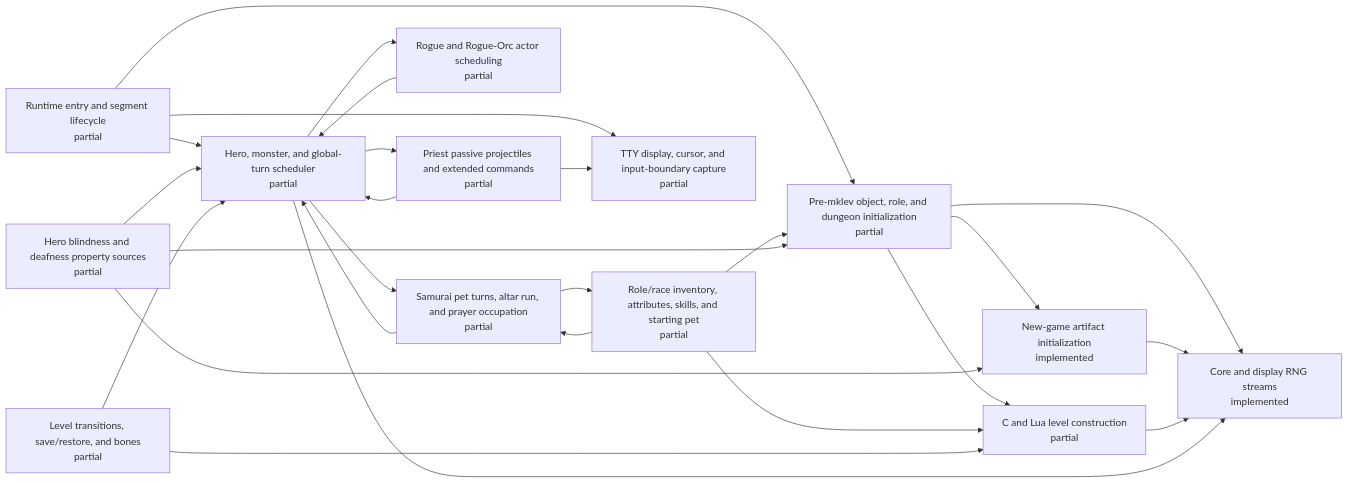
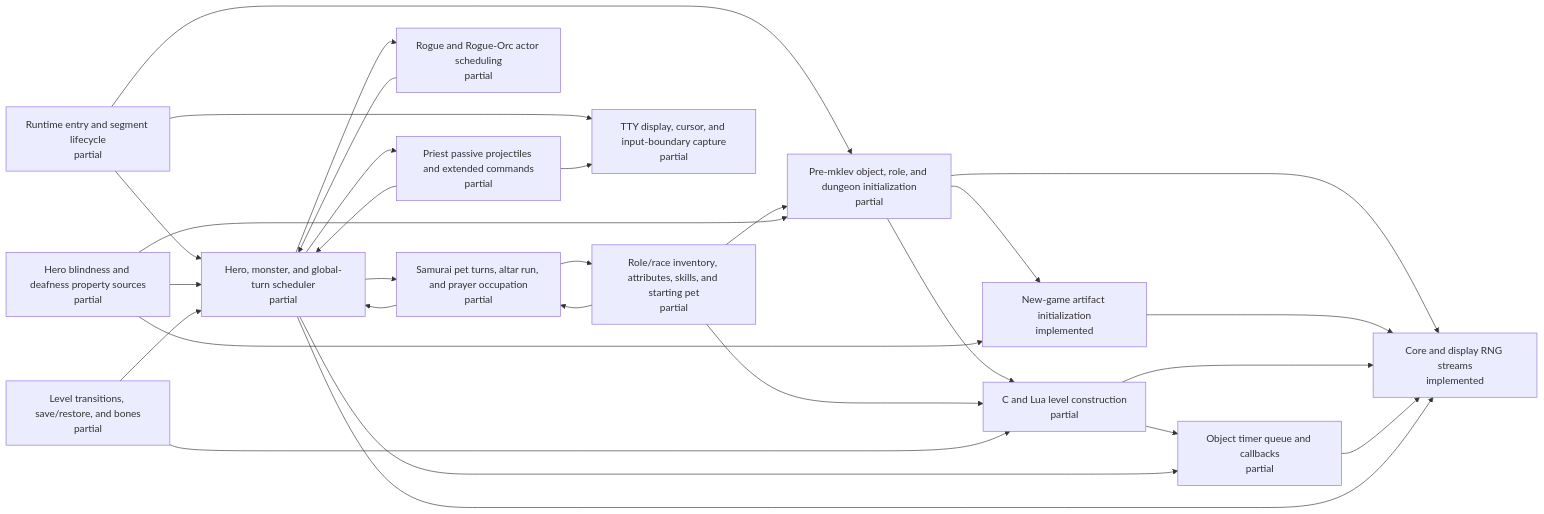
The diagram in docs/architecture/c-lua-ownership.generated.md (daoa0601/teleport-contest), drawn with Mermaid before and after one commit. The commit also changed other lines of this file and 3 other files, not shown here.

Commit message:
Record ordered object timer ownership

````diff
--- a/docs/architecture/c-lua-ownership.generated.md
+++ b/docs/architecture/c-lua-ownership.generated.md
@@ -11,41 +11,45 @@
 ```mermaid
 flowchart LR
     n_runtime_entry["Runtime entry and segment lifecycle<br/>partial"]
     n_rng_core["Core and display RNG streams<br/>implemented"]
     n_startup_pre_mklev["Pre-mklev object, role, and dungeon initialization<br/>partial"]
     n_startup_artifacts["New-game artifact initialization<br/>implemented"]
     n_startup_role_inventory["Role/race inventory, attributes, skills, and starting pet<br/>partial"]
     n_hero_sensory_properties["Hero blindness and deafness property sources<br/>partial"]
     n_level_generation["C and Lua level construction<br/>partial"]
+    n_object_timer_queue["Object timer queue and callbacks<br/>partial"]
     n_turn_scheduler["Hero, monster, and global-turn scheduler<br/>partial"]
     n_samurai_pet_turns["Samurai pet turns, altar run, and prayer occupation<br/>partial"]
     n_rogue_actor_scheduling["Rogue and Rogue-Orc actor scheduling<br/>partial"]
     n_priest_passive_projectiles["Priest passive projectiles and extended commands<br/>partial"]
     n_tty_display["TTY display, cursor, and input-boundary capture<br/>partial"]
     n_level_transition_persistence["Level transitions, save/restore, and bones<br/>partial"]
     n_runtime_entry --> n_startup_pre_mklev
     n_runtime_entry --> n_turn_scheduler
     n_runtime_entry --> n_tty_display
     n_startup_pre_mklev --> n_rng_core
     n_startup_pre_mklev --> n_startup_artifacts
     n_startup_pre_mklev --> n_level_generation
     n_startup_artifacts --> n_rng_core
     n_startup_role_inventory --> n_startup_pre_mklev
     n_startup_role_inventory --> n_level_generation
     n_startup_role_inventory --> n_samurai_pet_turns
     n_hero_sensory_properties --> n_startup_pre_mklev
     n_hero_sensory_properties --> n_startup_artifacts
     n_hero_sensory_properties --> n_turn_scheduler
     n_level_generation --> n_rng_core
+    n_level_generation --> n_object_timer_queue
+    n_object_timer_queue --> n_rng_core
     n_turn_scheduler --> n_rng_core
+    n_turn_scheduler --> n_object_timer_queue
     n_turn_scheduler --> n_samurai_pet_turns
     n_turn_scheduler --> n_rogue_actor_scheduling
     n_turn_scheduler --> n_priest_passive_projectiles
     n_samurai_pet_turns --> n_turn_scheduler
     n_samurai_pet_turns --> n_startup_role_inventory
     n_rogue_actor_scheduling --> n_turn_scheduler
     n_priest_passive_projectiles --> n_turn_scheduler
     n_priest_passive_projectiles --> n_tty_display
     n_level_transition_persistence --> n_level_generation
     n_level_transition_persistence --> n_turn_scheduler
 ```
````
